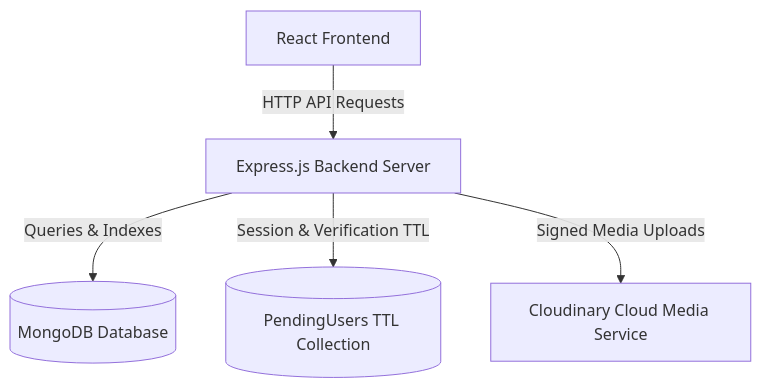
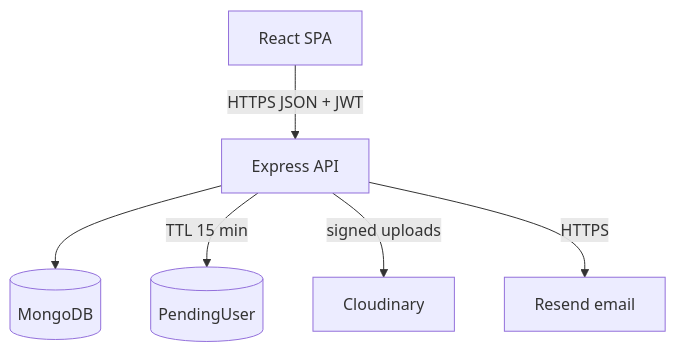
One commit to AhsanFayyaz13/MedEasy changed the first of 2 diagrams in README.md. Above: the diagram before and after it, drawn with Mermaid. The commit also changed other lines of this file and 4 other files, not shown here.

````diff
--- a/README.md
+++ b/README.md
@@ -22,7 +42,8 @@
 ```mermaid
 graph TD
-    Client[React Frontend] -->|HTTP API Requests| Express[Express.js Backend Server]
-    Express -->|Queries & Indexes| Mongo[(MongoDB Database)]
-    Express -->|Session & Verification TTL| PendingCol[(PendingUsers TTL Collection)]
-    Express -->|Signed Media Uploads| Cloudinary[Cloudinary Cloud Media Service]
+    Client[React SPA] -->|HTTPS JSON + JWT| API[Express API]
+    API --> Mongo[(MongoDB)]
+    API -->|TTL 15 min| Pending[(PendingUser)]
+    API -->|signed uploads| Cloudinary[Cloudinary]
+    API -->|HTTPS| Resend[Resend email]
 ```
````
